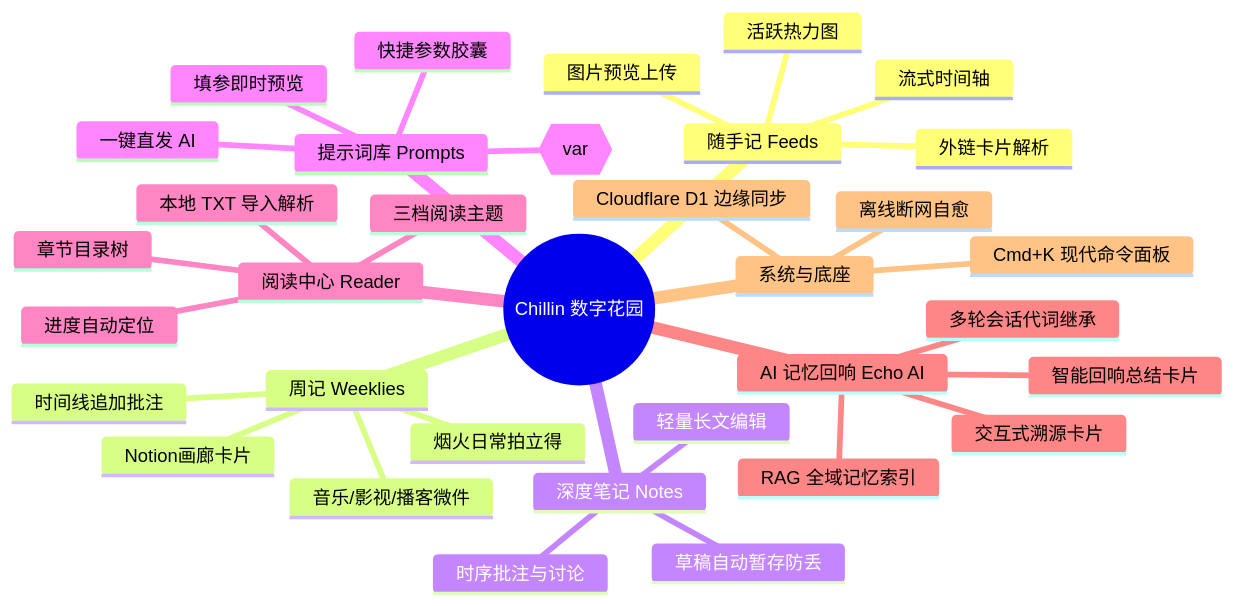
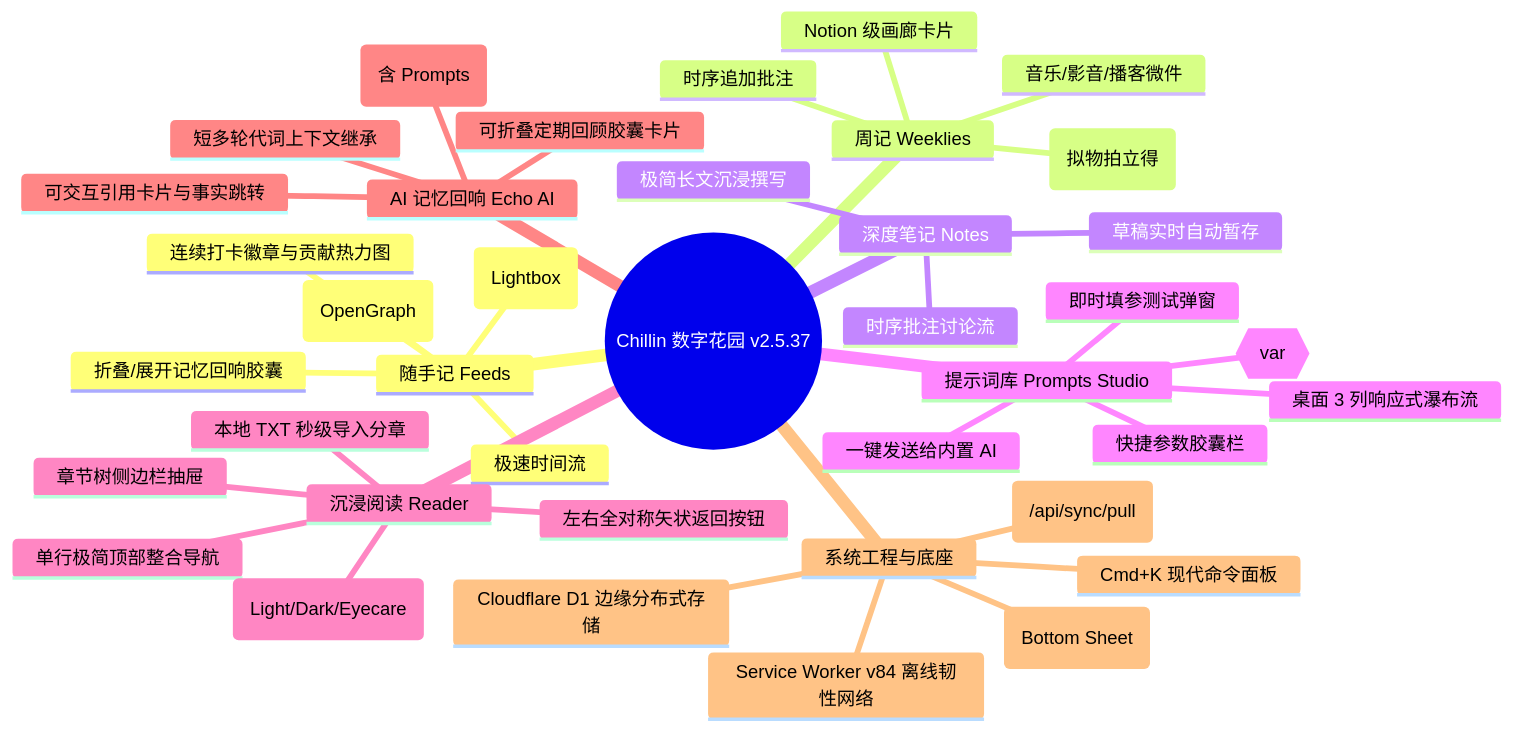
The diagram in docs/Chillin数字花园_产品全景与工程架构分析报告.md (2089700996jy-del/chillin), drawn with Mermaid before and after one commit. The commit also changed other lines of this file, not shown here.

Commit message:
docs: update product and technical architecture report to reflect v2.5.37 achievements

````diff
--- a/docs/Chillin数字花园_产品全景与工程架构分析报告.md
+++ b/docs/Chillin数字花园_产品全景与工程架构分析报告.md
@@ -60,37 +62,42 @@
 ```mermaid
 mindmap
-  root((Chillin 数字花园))
+  root((Chillin 数字花园 v2.5.37))
     随手记 Feeds
-      流式时间轴
-      外链卡片解析
-      图片预览上传
-      活跃热力图
+      极速时间流
+      外链卡片解析 (OpenGraph)
+      全屏手势图片灯箱 (Lightbox)
+      连续打卡徽章与贡献热力图
+      折叠/展开记忆回响胶囊
     周记 Weeklies
-      Notion画廊卡片
-      烟火日常拍立得
-      音乐/影视/播客微件
-      时间线追加批注
+      Notion 级画廊卡片
+      烟火日常 (拟物拍立得)
+      音乐/影音/播客微件
+      时序追加批注
     深度笔记 Notes
-      轻量长文编辑
-      草稿自动暂存防丢
-      时序批注与讨论
-    提示词库 Prompts
+      极简长文沉浸撰写
+      草稿实时自动暂存
+      时序批注讨论流
+    提示词库 Prompts Studio
       参数化占位符 {{var}}
-      快捷参数胶囊
-      填参即时预览
-      一键直发 AI
-    阅读中心 Reader
-      本地 TXT 导入解析
-      章节目录树
-      进度自动定位
-      三档阅读主题
+      快捷参数胶囊栏
+      即时填参测试弹窗
+      一键发送给内置 AI
+      桌面 3 列响应式瀑布流
+    沉浸阅读 Reader
+      本地 TXT 秒级导入分章
+      单行极简顶部整合导航
+      左右全对称矢状返回按钮
+      章节树侧边栏抽屉
+      三档全站主题 (Light/Dark/Eyecare)
     AI 记忆回响 Echo AI
-      RAG 全域记忆索引
-      多轮会话代词继承
-      交互式溯源卡片
-      智能回响总结卡片
-    系统与底座
+      全域资产索引 (含 Prompts)
+      短多轮代词上下文继承
+      可交互引用卡片与事实跳转
+      可折叠定期回顾胶囊卡片
+    系统工程与底座
       Cmd+K 现代命令面板
-      离线断网自愈
-      Cloudflare D1 边缘同步
+      全屏手势与半屏抽屉 (Bottom Sheet)
+      单 RTT 聚合增量同步 (/api/sync/pull)
+      Service Worker v84 离线韧性网络
+      Cloudflare D1 边缘分布式存储
 ```
````
